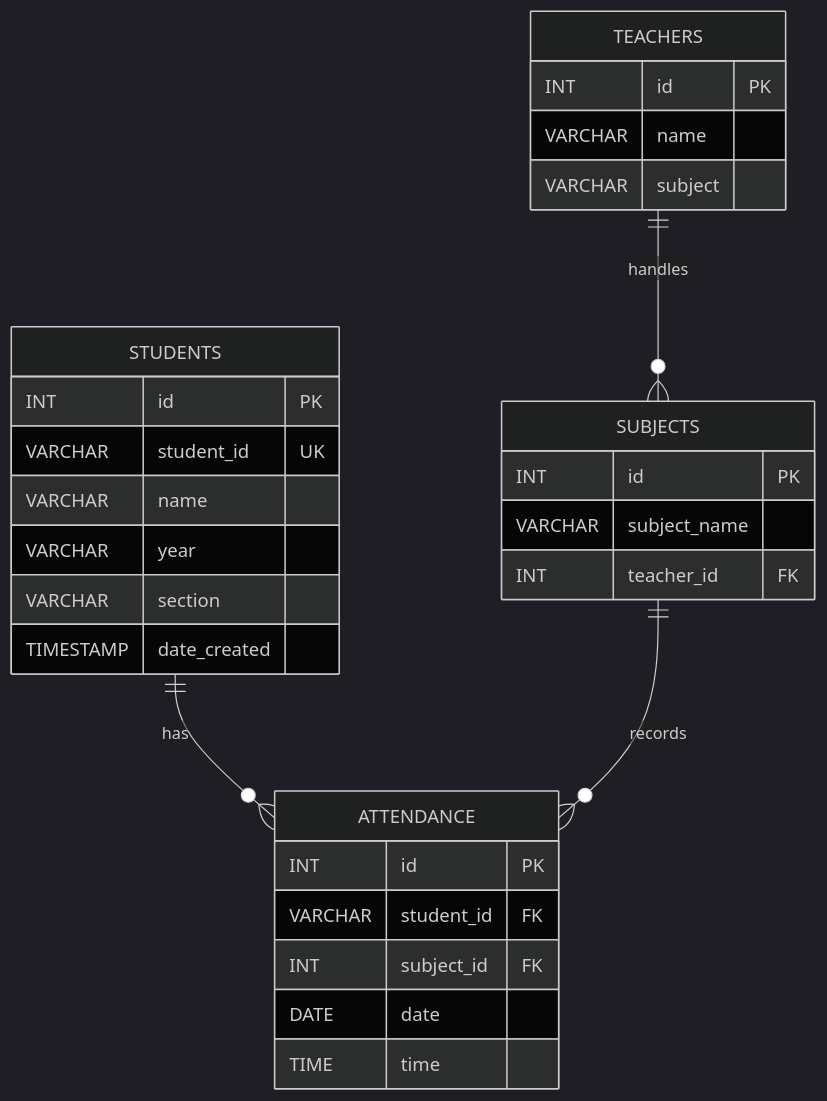
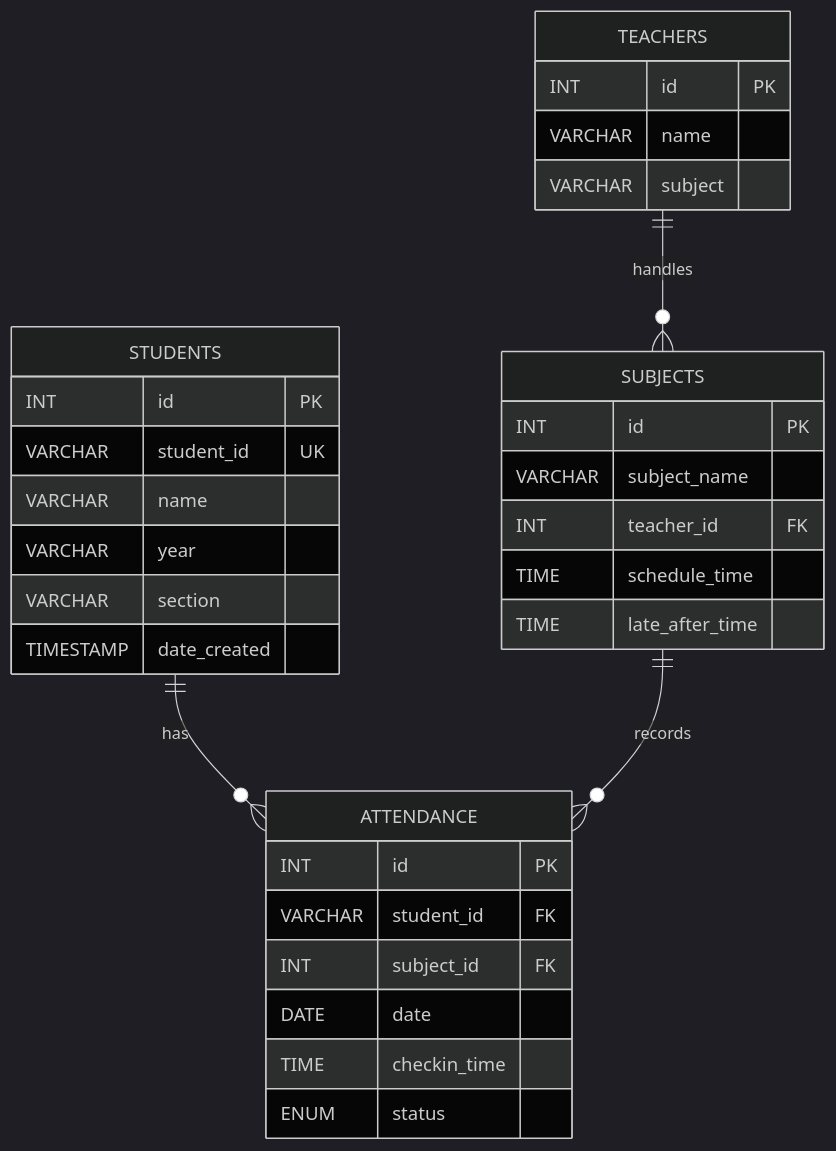
The second of 4 diagrams in README.md (OlegAngelo/student-management-system), drawn with Mermaid (dark theme) before and after one commit. The commit also changed other lines of this file and 6 other files, not shown here.

````diff
--- a/README.md
+++ b/README.md
@@ -102,35 +102,38 @@
 ```mermaid
 erDiagram
     STUDENTS {
         INT id PK
         VARCHAR student_id UK
         VARCHAR name
         VARCHAR year
         VARCHAR section
         TIMESTAMP date_created
     }
 
     TEACHERS {
         INT id PK
         VARCHAR name
         VARCHAR subject
     }
 
     SUBJECTS {
         INT id PK
         VARCHAR subject_name
         INT teacher_id FK
+        TIME schedule_time
+        TIME late_after_time
     }
 
     ATTENDANCE {
         INT id PK
         VARCHAR student_id FK
         INT subject_id FK
         DATE date
-        TIME time
+        TIME checkin_time
+        ENUM status
     }
 
     TEACHERS ||--o{ SUBJECTS : "handles"
     STUDENTS ||--o{ ATTENDANCE : "has"
     SUBJECTS ||--o{ ATTENDANCE : "records"
 ```
````
